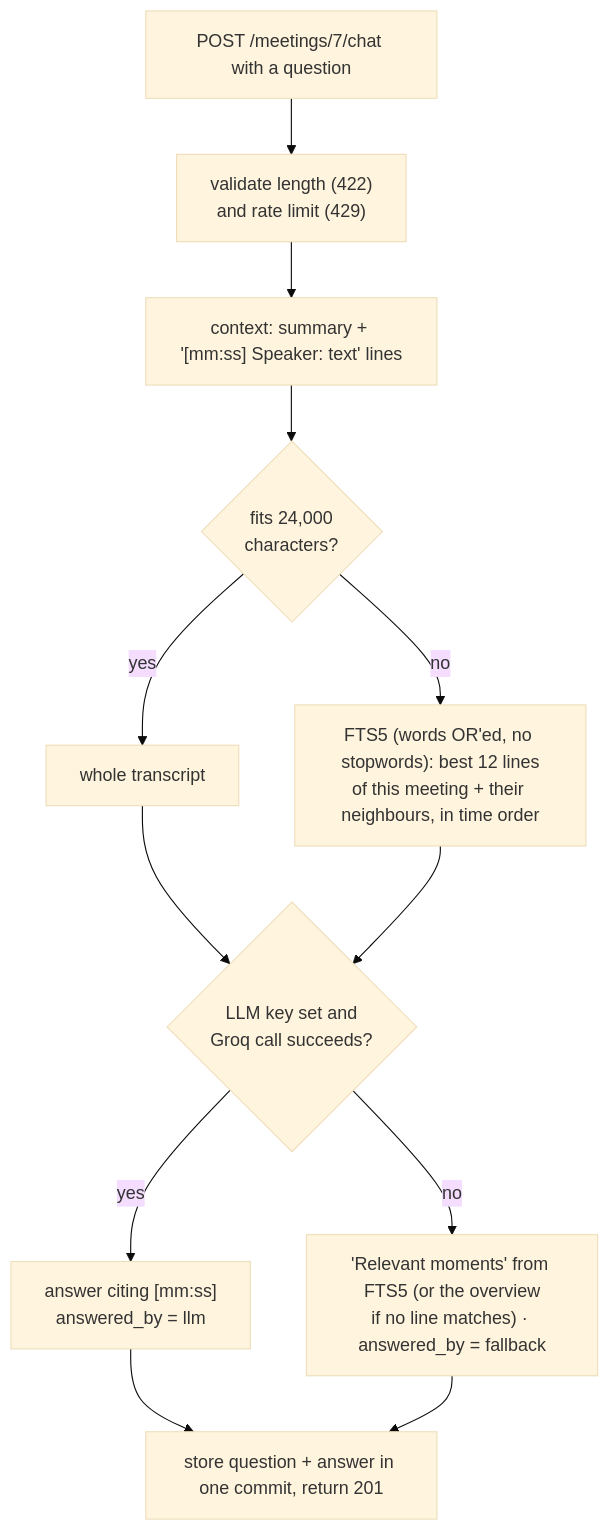
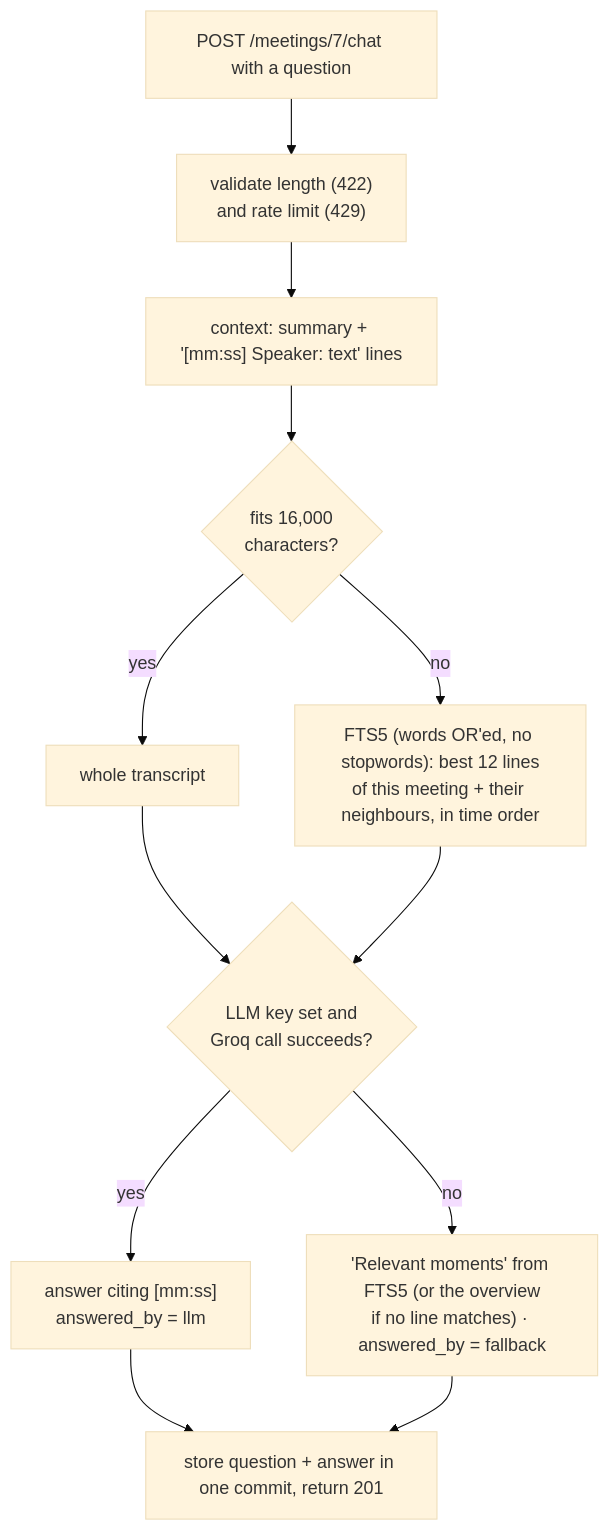
One commit to Ritvik2209/fireflies-clone changed the seventh of 7 diagrams in docs/ARCHITECTURE.md. Above: the diagram before and after it, drawn with Mermaid (base theme). The commit also changed other lines of this file and 6 other files, not shown here.

````diff
--- a/docs/ARCHITECTURE.md
+++ b/docs/ARCHITECTURE.md
@@ -1033,14 +1033,14 @@
 ```mermaid
 flowchart TB
     question["POST /meetings/7/chat with a question"] --> checks["validate length (422)<br/>and rate limit (429)"]
     checks --> context["context: summary + '[mm:ss] Speaker: text' lines"]
-    context --> fits{"fits 24,000<br/>characters?"}
+    context --> fits{"fits 16,000<br/>characters?"}
     fits -- "yes" --> full["whole transcript"]
     fits -- "no" --> retrieve["FTS5 (words OR'ed, no stopwords): best 12 lines<br/>of this meeting + their neighbours, in time order"]
     full --> key{"LLM key set and<br/>Groq call succeeds?"}
     retrieve --> key
     key -- "yes" --> answer["answer citing [mm:ss]<br/>answered_by = llm"]
     key -- "no" --> fallback["'Relevant moments' from FTS5 (or the overview<br/>if no line matches) · answered_by = fallback"]
     answer --> store["store question + answer in one commit, return 201"]
     fallback --> store
 ```
````
